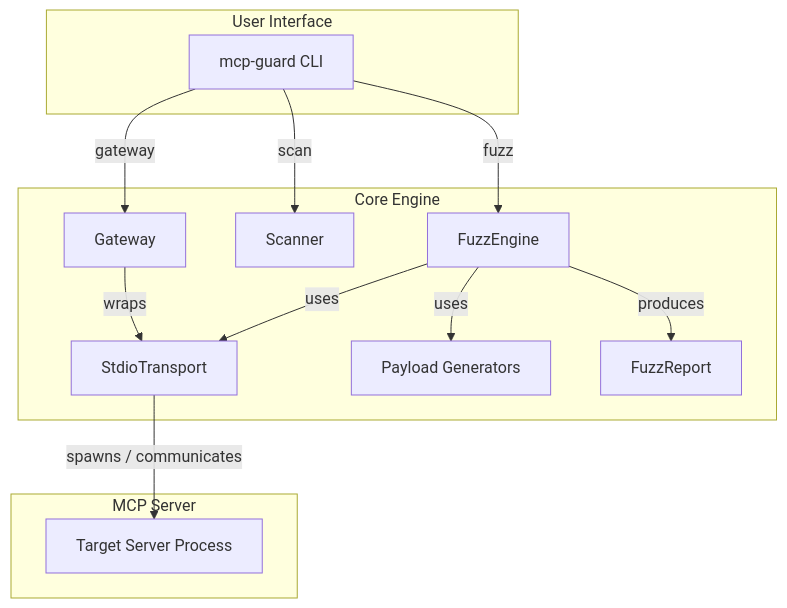
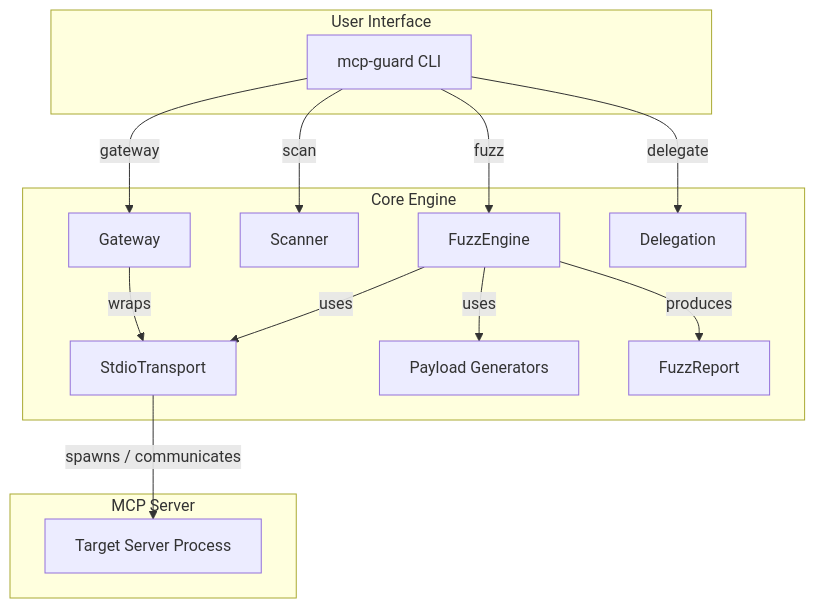
One commit to Zion-sewers/rat changed the first of 8 diagrams in docs/ARCHITECTURE.md. Above: the diagram before and after it, drawn with Mermaid. The commit also changed other lines of this file and 6 other files, not shown here.

````diff
--- a/docs/ARCHITECTURE.md
+++ b/docs/ARCHITECTURE.md
@@ -7,28 +7,30 @@
 ```mermaid
 graph TB
     subgraph "User Interface"
         CLI[mcp-guard CLI]
     end
 
     subgraph "Core Engine"
         FUZZ[FuzzEngine]
         SCAN[Scanner]
         GATE[Gateway]
+        DELEG[Delegation]
         TRANS[StdioTransport]
         PAY[Payload Generators]
         RPT[FuzzReport]
     end
 
     subgraph "MCP Server"
         SRV[Target Server Process]
     end
 
     CLI -->|fuzz| FUZZ
     CLI -->|scan| SCAN
     CLI -->|gateway| GATE
+    CLI -->|delegate| DELEG
     FUZZ -->|uses| TRANS
     FUZZ -->|uses| PAY
     FUZZ -->|produces| RPT
     GATE -->|wraps| TRANS
     TRANS -->|spawns / communicates| SRV
 ```
````
